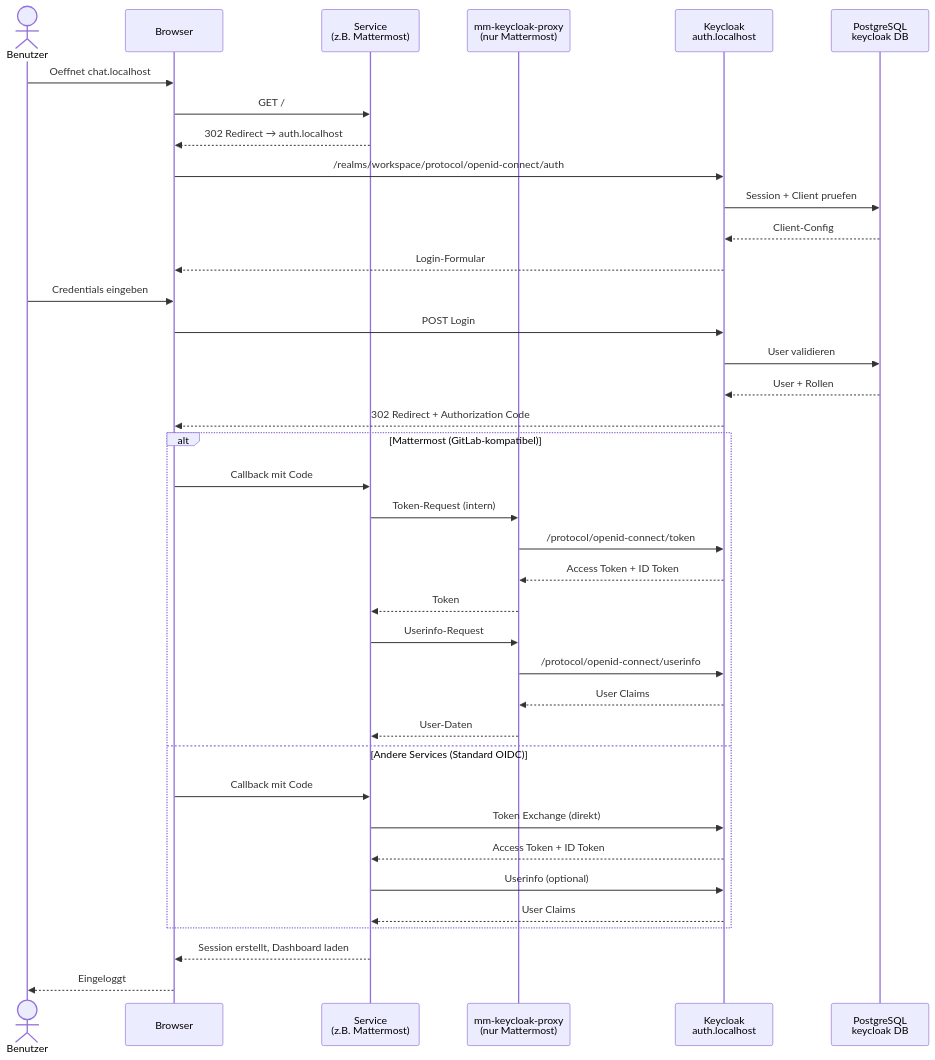
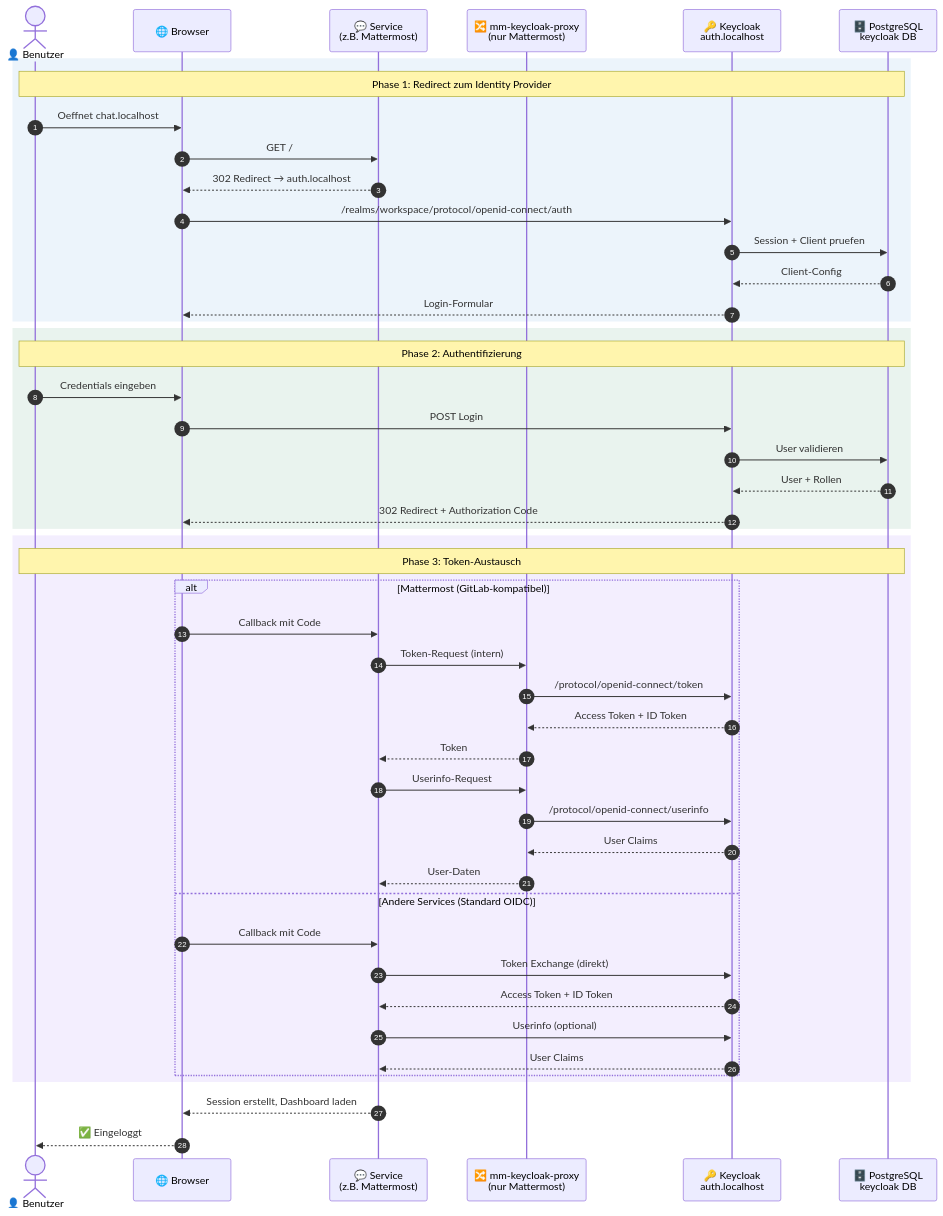
One commit to Paddione/Bachelorprojekt changed the second of 9 diagrams in docs/architecture.md. Above: the diagram before and after it, drawn with Mermaid. The commit also changed other lines of this file and 19 other files, not shown here.

````diff
--- a/docs/architecture.md
+++ b/docs/architecture.md
@@ -186,43 +186,55 @@
 ```mermaid
 sequenceDiagram
-    actor User as Benutzer
-    participant Browser
-    participant Service as Service<br/>(z.B. Mattermost)
-    participant Proxy as mm-keycloak-proxy<br/>(nur Mattermost)
-    participant KC as Keycloak<br/>auth.localhost
-    participant DB as PostgreSQL<br/>keycloak DB
+    autonumber
 
-    User ->> Browser: Oeffnet chat.localhost
-    Browser ->> Service: GET /
-    Service -->> Browser: 302 Redirect → auth.localhost
-    Browser ->> KC: /realms/workspace/protocol/openid-connect/auth
-    KC ->> DB: Session + Client pruefen
-    DB -->> KC: Client-Config
-    KC -->> Browser: Login-Formular
-    User ->> Browser: Credentials eingeben
-    Browser ->> KC: POST Login
-    KC ->> DB: User validieren
-    DB -->> KC: User + Rollen
-    KC -->> Browser: 302 Redirect + Authorization Code
+    actor User as 👤 Benutzer
+    participant Browser as 🌐 Browser
+    participant Service as 💬 Service<br/>(z.B. Mattermost)
+    participant Proxy as 🔀 mm-keycloak-proxy<br/>(nur Mattermost)
+    participant KC as 🔑 Keycloak<br/>auth.localhost
+    participant DB as 🗄️ PostgreSQL<br/>keycloak DB
 
-    alt Mattermost (GitLab-kompatibel)
-        Browser ->> Service: Callback mit Code
-        Service ->> Proxy: Token-Request (intern)
-        Proxy ->> KC: /protocol/openid-connect/token
-        KC -->> Proxy: Access Token + ID Token
-        Proxy -->> Service: Token
-        Service ->> Proxy: Userinfo-Request
-        Proxy ->> KC: /protocol/openid-connect/userinfo
-        KC -->> Proxy: User Claims
-        Proxy -->> Service: User-Daten
-    else Andere Services (Standard OIDC)
-        Browser ->> Service: Callback mit Code
-        Service ->> KC: Token Exchange (direkt)
-        KC -->> Service: Access Token + ID Token
-        Service ->> KC: Userinfo (optional)
-        KC -->> Service: User Claims
+    rect rgba(74, 144, 217, 0.1)
+        Note over User,DB: Phase 1: Redirect zum Identity Provider
+        User ->> Browser: Oeffnet chat.localhost
+        Browser ->> Service: GET /
+        Service -->> Browser: 302 Redirect → auth.localhost
+        Browser ->> KC: /realms/workspace/protocol/openid-connect/auth
+        KC ->> DB: Session + Client pruefen
+        DB -->> KC: Client-Config
+        KC -->> Browser: Login-Formular
+    end
+
+    rect rgba(45, 134, 89, 0.1)
+        Note over User,DB: Phase 2: Authentifizierung
+        User ->> Browser: Credentials eingeben
+        Browser ->> KC: POST Login
+        KC ->> DB: User validieren
+        DB -->> KC: User + Rollen
+        KC -->> Browser: 302 Redirect + Authorization Code
+    end
+
+    rect rgba(139, 92, 246, 0.1)
+        Note over User,DB: Phase 3: Token-Austausch
+        alt Mattermost (GitLab-kompatibel)
+            Browser ->> Service: Callback mit Code
+            Service ->> Proxy: Token-Request (intern)
+            Proxy ->> KC: /protocol/openid-connect/token
+            KC -->> Proxy: Access Token + ID Token
+            Proxy -->> Service: Token
+            Service ->> Proxy: Userinfo-Request
+            Proxy ->> KC: /protocol/openid-connect/userinfo
+            KC -->> Proxy: User Claims
+            Proxy -->> Service: User-Daten
+        else Andere Services (Standard OIDC)
+            Browser ->> Service: Callback mit Code
+            Service ->> KC: Token Exchange (direkt)
+            KC -->> Service: Access Token + ID Token
+            Service ->> KC: Userinfo (optional)
+            KC -->> Service: User Claims
+        end
     end
 
     Service -->> Browser: Session erstellt, Dashboard laden
-    Browser -->> User: Eingeloggt
+    Browser -->> User: ✅ Eingeloggt
 ```
````
